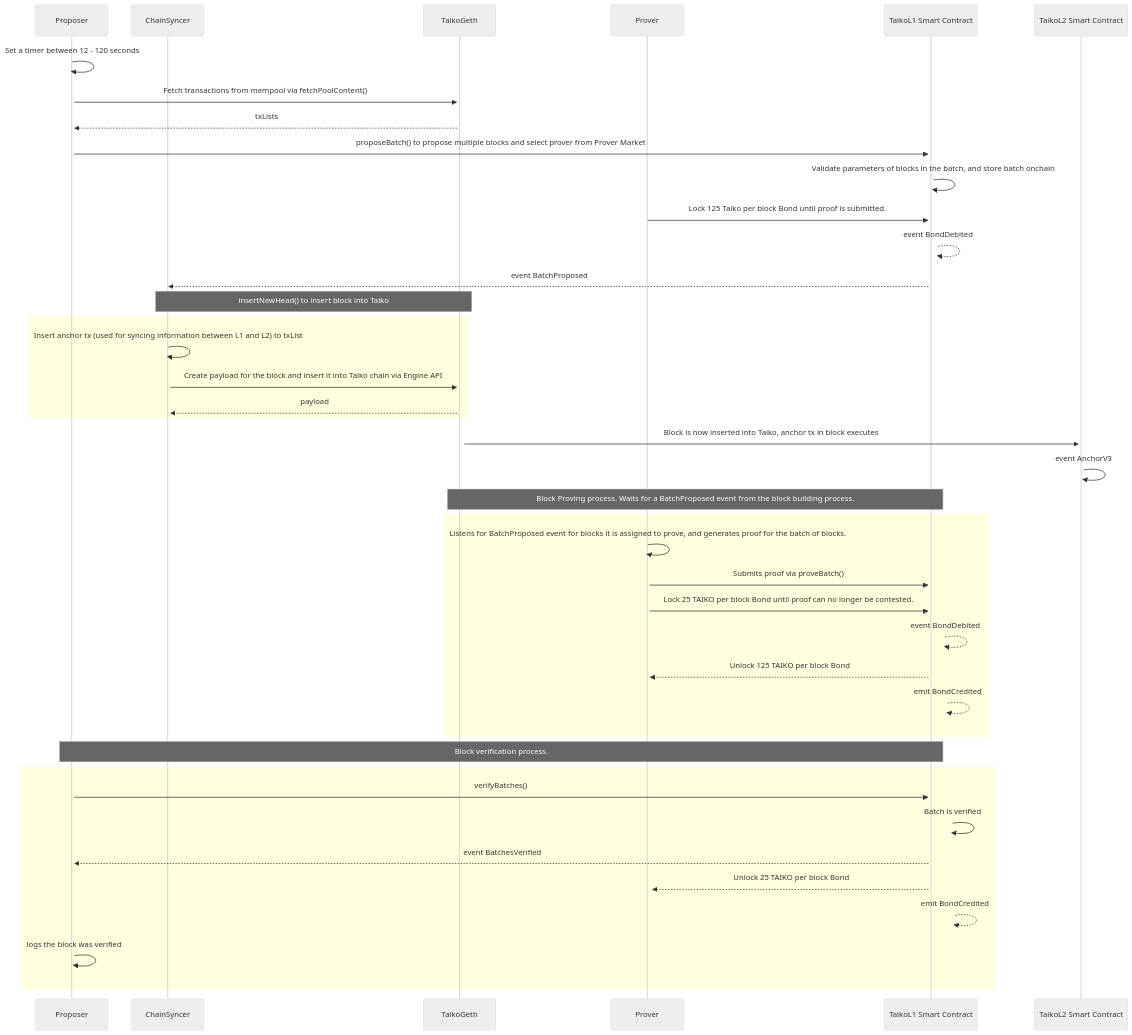
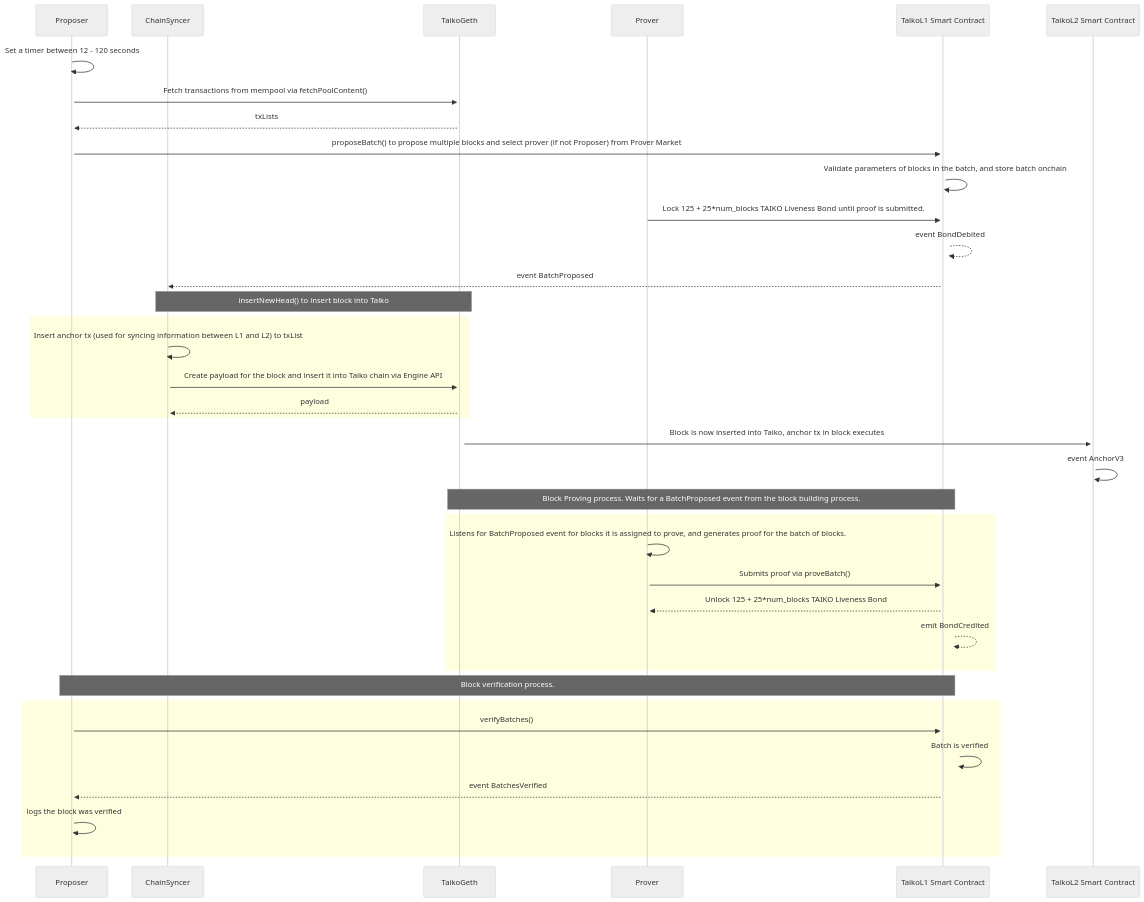
One commit to fahimahmedx/taiko-block-building changed the diagram in diagram.MD. Above: the diagram before and after it, drawn with Mermaid (neutral theme).

Commit message:
alethia fork

````diff
--- a/diagram.MD
+++ b/diagram.MD
@@ -1,45 +1,41 @@
 ```mermaid
 sequenceDiagram
 participant Proposer
 participant ChainSyncer
 participant TaikoGeth
 participant Prover
 participant TaikoL1 Smart Contract
 participant TaikoL2 Smart Contract
 
 
 Proposer->>+Proposer: Set a timer between 12 - 120 seconds
 Proposer->>+TaikoGeth: Fetch transactions from mempool via fetchPoolContent()
 TaikoGeth-->>Proposer: txLists
-Proposer->>+TaikoL1 Smart Contract: proposeBatch() to propose multiple blocks and select prover from Prover Market
+Proposer->>+TaikoL1 Smart Contract: proposeBatch() to propose multiple blocks and select prover (if not Proposer) from Prover Market
 TaikoL1 Smart Contract->>+TaikoL1 Smart Contract: Validate parameters of blocks in the batch, and store batch onchain
-Prover->>+TaikoL1 Smart Contract: Lock 125 Taiko per block Bond until proof is submitted.
+Prover->>+TaikoL1 Smart Contract: Lock 125 + 25*num_blocks TAIKO Liveness Bond until proof is submitted.
 TaikoL1 Smart Contract-->>+TaikoL1 Smart Contract: event BondDebited
 TaikoL1 Smart Contract-->>ChainSyncer: event BatchProposed
 note over ChainSyncer,TaikoGeth: insertNewHead() to insert block into Taiko
 rect LightYellow
 ChainSyncer->>+ChainSyncer: Insert anchor tx (used for syncing information between L1 and L2) to txList
 ChainSyncer->>+TaikoGeth: Create payload for the block and insert it into Taiko chain via Engine API
 TaikoGeth-->>+ChainSyncer: payload
 end
 TaikoGeth->>+TaikoL2 Smart Contract: Block is now inserted into Taiko, anchor tx in block executes
 TaikoL2 Smart Contract->>+TaikoL2 Smart Contract: event AnchorV3
 note over TaikoGeth,TaikoL1 Smart Contract: Block Proving process. Waits for a BatchProposed event from the block building process.
 rect LightYellow
 Prover->>+Prover: Listens for BatchProposed event for blocks it is assigned to prove, and generates proof for the batch of blocks.
 Prover->>+TaikoL1 Smart Contract: Submits proof via proveBatch()
-Prover->>+TaikoL1 Smart Contract: Lock 25 TAIKO per block Bond until proof can no longer be contested.
-TaikoL1 Smart Contract-->>+TaikoL1 Smart Contract: event BondDebited
-TaikoL1 Smart Contract-->>+Prover: Unlock 125 TAIKO per block Bond 
+TaikoL1 Smart Contract-->>+Prover: Unlock 125 + 25*num_blocks TAIKO Liveness Bond 
 TaikoL1 Smart Contract-->>+TaikoL1 Smart Contract: emit BondCredited
 end
 note over Proposer,TaikoL1 Smart Contract: Block verification process.
 rect LightYellow
 Proposer->>+TaikoL1 Smart Contract: verifyBatches()
 TaikoL1 Smart Contract->>+TaikoL1 Smart Contract: Batch is verified
 TaikoL1 Smart Contract-->>Proposer: event BatchesVerified
-TaikoL1 Smart Contract-->>+Prover: Unlock 25 TAIKO per block Bond
-TaikoL1 Smart Contract-->>+TaikoL1 Smart Contract: emit BondCredited
 Proposer->>+Proposer: logs the block was verified
 end
 ```
````
